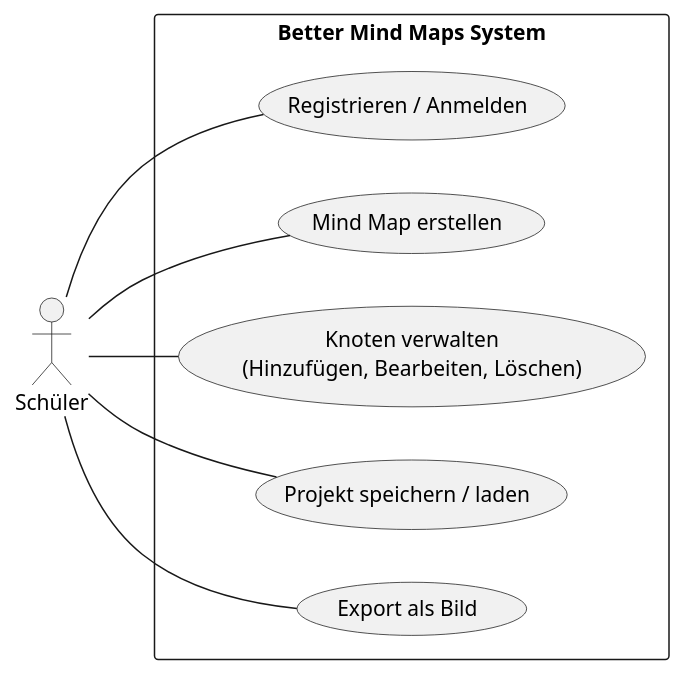
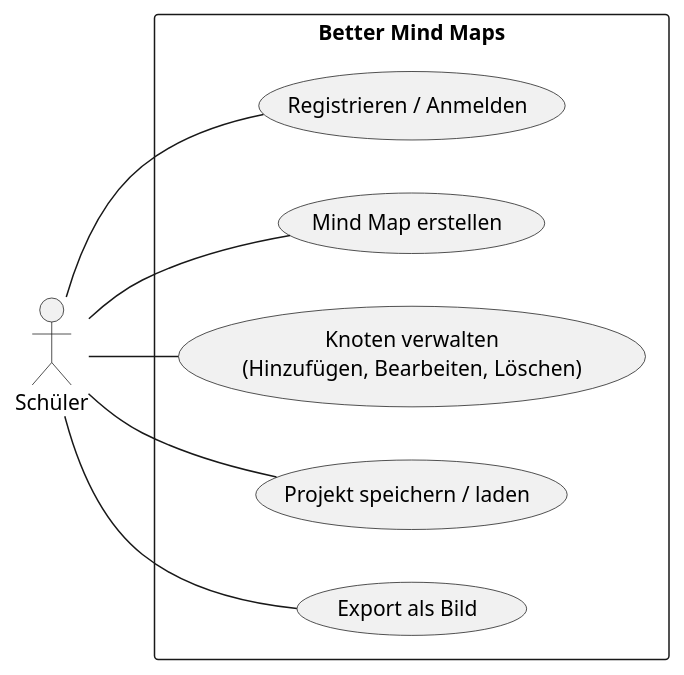
The diagram in asciidocs/docs/system-specifications.adoc (2526-3bhif-syp/2526-3bhif-syp-project-better-mind-maps), drawn with PlantUML before and after one commit. The commit also changed other lines of this file, not shown here.

Commit message:
better wording in sysspec

```diff
--- a/asciidocs/docs/system-specifications.adoc
+++ b/asciidocs/docs/system-specifications.adoc
@@ -20,21 +20,21 @@
 [plantuml, usecase-diagram, svg]
 ----
 @startuml
 left to right direction
 actor "Schüler" as S
 
-rectangle "Better Mind Maps System" {
+rectangle "Better Mind Maps" {
   usecase "Registrieren / Anmelden" as UC1
   usecase "Mind Map erstellen" as UC2
   usecase "Knoten verwalten\n(Hinzufügen, Bearbeiten, Löschen)" as UC3
   usecase "Projekt speichern / laden" as UC4
   usecase "Export als Bild" as UC5
 }
 
 S -- UC1
 S -- UC2
 S -- UC3
 S -- UC4
 S -- UC5
 @enduml
 ----
```
